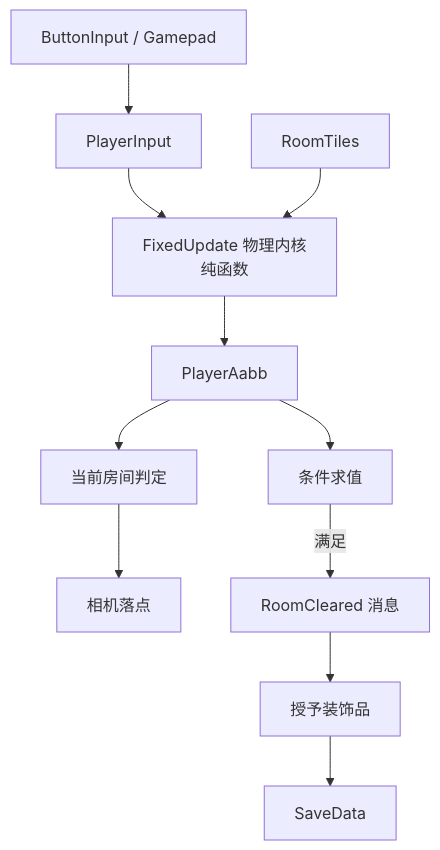
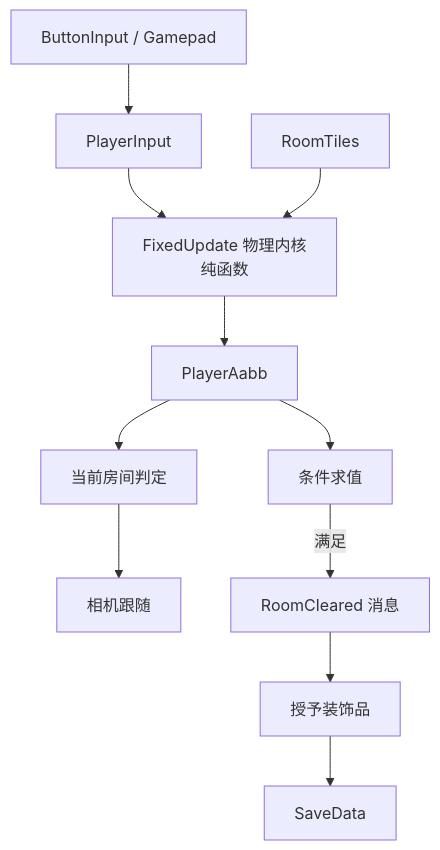
The second of 2 diagrams in docs/05-architecture.md (iLeepop/animj-2d-platformer), drawn with Mermaid before and after one commit. The commit also changed other lines of this file and 19 other files, not shown here.

````diff
--- a/docs/05-architecture.md
+++ b/docs/05-architecture.md
@@ -164,13 +164,13 @@
 ```mermaid
 flowchart TB
   KB[ButtonInput / Gamepad] --> PI[PlayerInput]
   PI --> PH[FixedUpdate 物理内核<br/>纯函数]
   RT[RoomTiles] --> PH
   PH --> AB[PlayerAabb]
   AB --> ROOM[当前房间判定]
-  ROOM --> CAM[相机落点]
+  ROOM --> CAM[相机跟随]
   AB --> GOAL[条件求值]
   GOAL -->|满足| CLEARED[RoomCleared 消息]
   CLEARED --> REWARD[授予装饰品]
   REWARD --> SAVE[SaveData]
 ```
````
